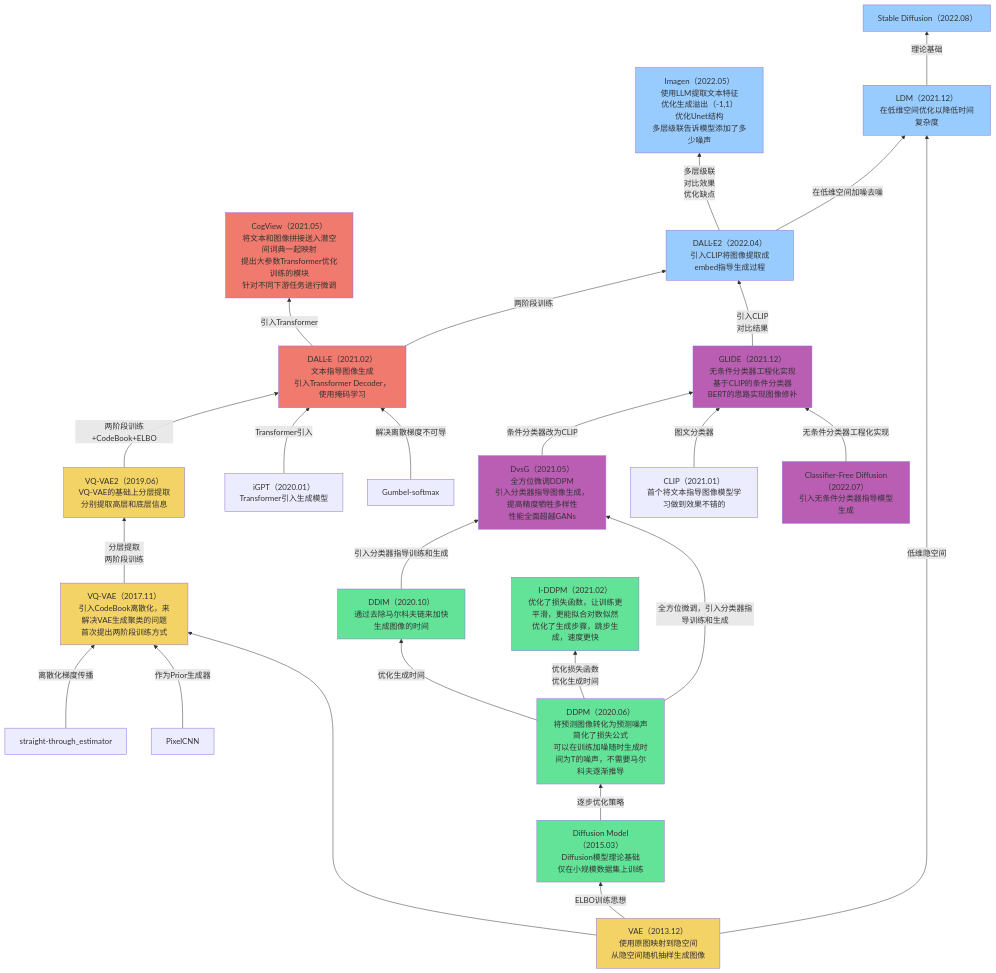
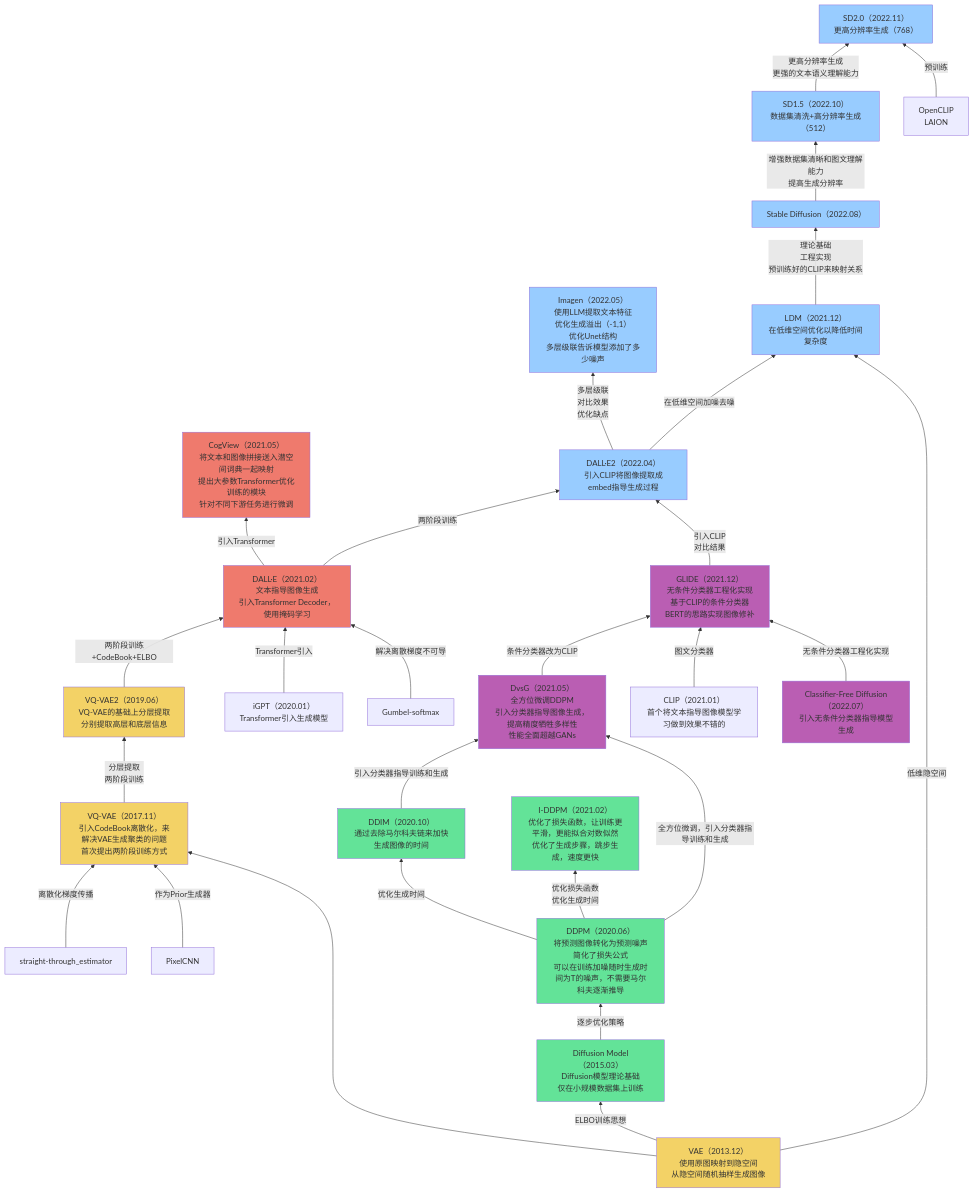
The fourth of 5 diagrams in Base_Model/GAN+VAE+Diffusion/analyse.md (Elephant-King9/Paper), drawn with Mermaid before and after one commit. The commit also changed other lines of this file and 2 other files, not shown here.

````diff
--- a/Base_Model/GAN+VAE+Diffusion/analyse.md
+++ b/Base_Model/GAN+VAE+Diffusion/analyse.md
@@ -94,67 +101,74 @@
 ```mermaid
 flowchart BT
 VAE-->VQ-VAE
 straight-through_estimator-->|离散化梯度传播|VQ-VAE
 PixelCNN-->|作为Prior生成器|VQ-VAE
 VAE-->|ELBO训练思想|Diffusion_Model
 VQ-VAE-->|分层提取<br>两阶段训练|VQ-VAE2
 VQ-VAE2-->|两阶段训练+CodeBook+ELBO|DALL-E
 I-GPT-->|Transformer引入|DALL-E
 Gumbel-softmax-->|解决离散梯度不可导|DALL-E
 DALL-E-->|引入Transformer|CogView
 Diffusion_Model-->|逐步优化策略|DDPM
 DDPM-->|优化生成时间|DDIM
 DDPM-->|优化损失函数<br>优化生成时间|IDDPM
 DDIM-->|引入分类器指导训练和生成|ADM
 DDPM-->|全方位微调，引入分类器指导训练和生成|ADM
 ADM-->|条件分类器改为CLIP|GLIDE
 CLIP-->|图文分类器|GLIDE
 Classifier-Free_Diffusion-->|无条件分类器工程化实现|GLIDE
 DALL-E-->|两阶段训练|DALL-E2
 DALL-E2-->|多层级联<br>对比效果<br>优化缺点|Imagen
 GLIDE-->|引入CLIP<br>对比结果|DALL-E2
 VAE-->|低维隐空间|LDM
 DALL-E2-->|在低维空间加噪去噪|LDM
-LDM-->|理论基础|Stable_Diffusion
-
+LDM-->|理论基础<br>工程实现<br>预训练好的CLIP来映射关系|Stable_Diffusion
+Stable_Diffusion-->|增强数据集清晰和图文理解能力<br>提高生成分辨率|SD1.5
+OpenCLIP-->|预训练|SD2.0
+SD1.5-->|更高分辨率生成<br>更强的文本语义理解能力|SD2.0
 
 
 
 
 
 VAE[VAE（2013.12）<br>使用原图映射到隐空间<br>从隐空间随机抽样生成图像]
 	style VAE fill:#F3D266
 VQ-VAE[VQ-VAE（2017.11）<br>引入CodeBook离散化，来解决VAE生成聚类的问题<br>首次提出两阶段训练方式]
 	style VQ-VAE fill:#F3D266
 VQ-VAE2[VQ-VAE2（2019.06）<br>VQ-VAE的基础上分层提取<br>分别提取高层和底层信息]
 	style VQ-VAE2 fill:#F3D266
 DALL-E[DALL·E（2021.02）<br>文本指导图像生成<br>引入Transformer Decoder，使用掩码学习]
 	style DALL-E fill:#EF7A6D
 I-GPT[iGPT（2020.01）<br>Transformer引入生成模型]
 Gumbel-softmax[Gumbel-softmax]
 Diffusion_Model[Diffusion Model（2015.03）<br>Diffusion模型理论基础<br>仅在小规模数据集上训练]
 	style Diffusion_Model fill:#63E398
 DDPM[DDPM（2020.06）<br>将预测图像转化为预测噪声<br>简化了损失公式<br>可以在训练加噪随时生成时间为T的噪声，不需要马尔科夫逐渐推导]
 	style DDPM fill:#63E398
 DDIM[DDIM（2020.10）<br>通过去除马尔科夫链来加快生成图像的时间]
 	style DDIM fill:#63E398
 IDDPM[I-DDPM（2021.02）<br>优化了损失函数，让训练更平滑，更能拟合对数似然<br>优化了生成步骤，跳步生成，速度更快]
 	style IDDPM fill:#63E398
 ADM[DvsG（2021.05）<br>全方位微调DDPM<br>引入分类器指导图像生成，提高精度牺牲多样性<br>性能全面超越GANs]
 	style ADM fill:#BA5EB3
 CogView[CogView（2021.05）<br>将文本和图像拼接送入潜空间词典一起映射<br>提出大参数Transformer优化训练的模块<br>针对不同下游任务进行微调]
 	style CogView fill:#EF7A6D
 Classifier-Free_Diffusion[Classifier-Free Diffusion（2022.07）<br>引入无条件分类器指导模型生成]
 	style Classifier-Free_Diffusion fill:#BA5EB3
 CLIP[CLIP（2021.01）<br>首个将文本指导图像模型学习做到效果不错的]
 GLIDE[GLIDE（2021.12）<br>无条件分类器工程化实现<br>基于CLIP的条件分类器<br>BERT的思路实现图像修补]
 	style GLIDE fill:#BA5EB3
 DALL-E2[DALL·E2（2022.04）<br>引入CLIP将图像提取成embed指导生成过程]
 	style DALL-E2 fill:#98CCFF
 Imagen[Imagen（2022.05）<br>使用LLM提取文本特征<br>优化生成溢出（-1,1）<br>优化Unet结构<br>多层级联告诉模型添加了多少噪声]
 	style Imagen fill:#98CCFF
 LDM[LDM（2021.12）<br>在低维空间优化以降低时间复杂度]
 	style LDM fill:#98CCFF
 Stable_Diffusion[Stable Diffusion（2022.08）]
 	style Stable_Diffusion fill:#98CCFF
+SD1.5[SD1.5（2022.10）<br>数据集清洗+高分辨率生成（512）]
+	style SD1.5 fill:#98CCFF
+SD2.0[SD2.0（2022.11）<br>更高分辨率生成（768）]
+	style SD2.0 fill:#98CCFF
+OpenCLIP[OpenCLIP<br>LAION]
 ```
````
